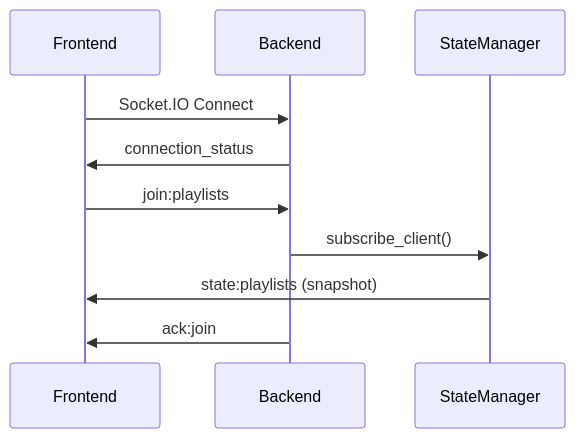
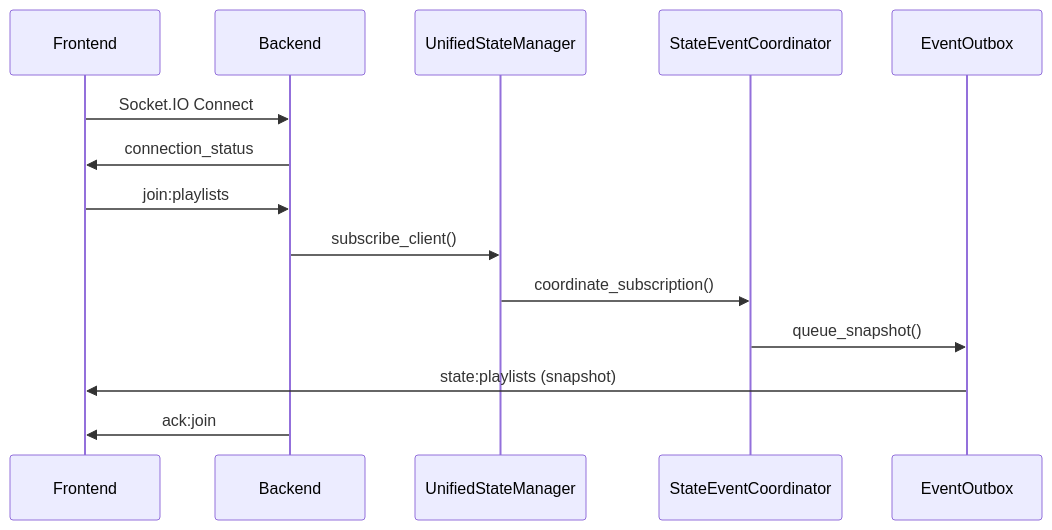
Before and after one commit to The-Open-Music-Box/theopenmusicbox: the second of 6 diagrams in documentation/api-socketio-communication.md, drawn with Mermaid. The commit also changed other lines of this file and 7 other files, not shown here.

First line of the commit message:
docs(project): add DDD architecture documentation

````diff
--- a/documentation/api-socketio-communication.md
+++ b/documentation/api-socketio-communication.md
@@ -405,13 +221,17 @@
 ```mermaid
 sequenceDiagram
     participant Frontend
     participant Backend
-    participant StateManager
+    participant UnifiedStateManager
+    participant StateEventCoordinator
+    participant EventOutbox
 
     Frontend->>Backend: Socket.IO Connect
     Backend->>Frontend: connection_status
     Frontend->>Backend: join:playlists
-    Backend->>StateManager: subscribe_client()
-    StateManager->>Frontend: state:playlists (snapshot)
+    Backend->>UnifiedStateManager: subscribe_client()
+    UnifiedStateManager->>StateEventCoordinator: coordinate_subscription()
+    StateEventCoordinator->>EventOutbox: queue_snapshot()
+    EventOutbox->>Frontend: state:playlists (snapshot)
     Backend->>Frontend: ack:join
 ```
````
